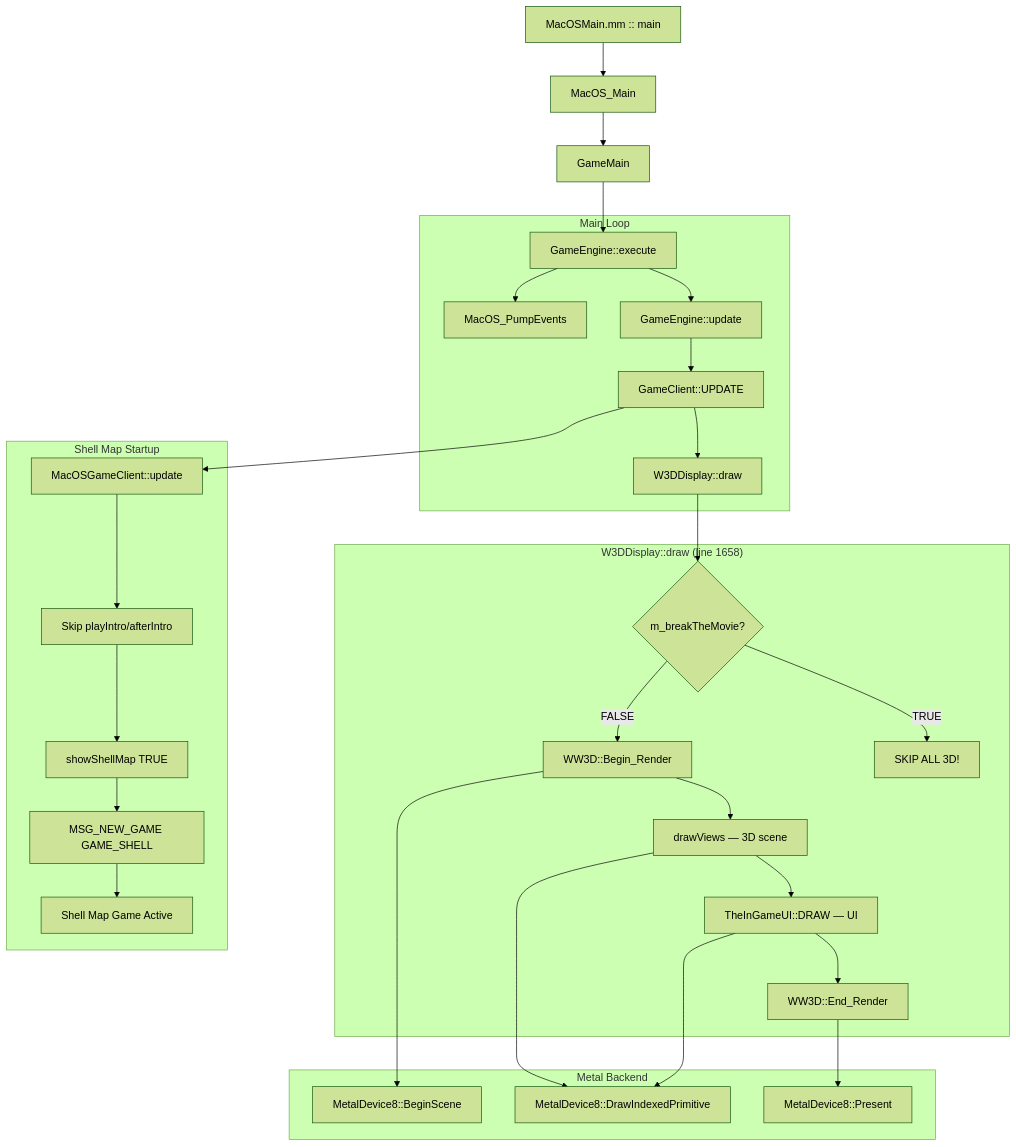
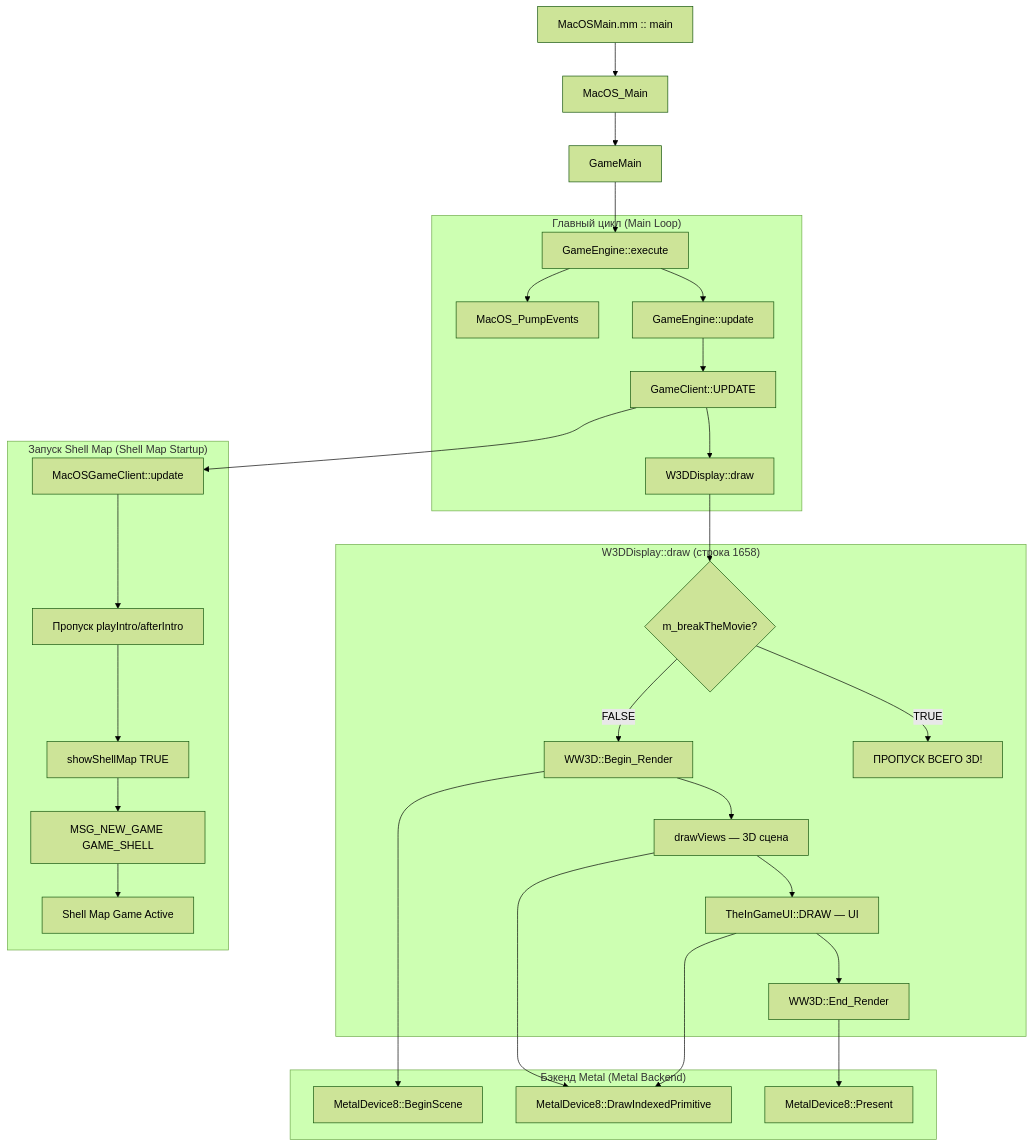
The diagram in Platform/MacOS/docs/RENDERING.md (Okladnoj/GeneralsGameCode), drawn with Mermaid (forest theme) before and after one commit. The commit also changed other lines of this file and 20 other files, not shown here.

````diff
--- a/Platform/MacOS/docs/RENDERING.md
+++ b/Platform/MacOS/docs/RENDERING.md
@@ -9,37 +9,37 @@
 ```mermaid
 graph TD
     A[MacOSMain.mm :: main] --> B[MacOS_Main]
     B --> C[GameMain]
     C --> D[GameEngine::execute]
     
-    subgraph "Main Loop"
+    subgraph "Главный цикл (Main Loop)"
         D --> E[MacOS_PumpEvents]
         D --> F[GameEngine::update]
         F --> G[GameClient::UPDATE]
         G --> H[W3DDisplay::draw]
     end
 
-    subgraph "W3DDisplay::draw (line 1658)"
+    subgraph "W3DDisplay::draw (строка 1658)"
         H --> H0{m_breakTheMovie?}
         H0 -->|FALSE| H1[WW3D::Begin_Render]
-        H0 -->|TRUE| SKIP[SKIP ALL 3D!]
-        H1 --> H2[drawViews — 3D scene]
+        H0 -->|TRUE| SKIP[ПРОПУСК ВСЕГО 3D!]
+        H1 --> H2[drawViews — 3D сцена]
         H2 --> H3[TheInGameUI::DRAW — UI]
         H3 --> H4[WW3D::End_Render]
     end
 
-    subgraph "Shell Map Startup"
+    subgraph "Запуск Shell Map (Shell Map Startup)"
         G --> SM[MacOSGameClient::update]
-        SM --> SM1[Skip playIntro/afterIntro]
+        SM --> SM1[Пропуск playIntro/afterIntro]
         SM1 --> SM2[showShellMap TRUE]
         SM2 --> SM3[MSG_NEW_GAME GAME_SHELL]
         SM3 --> SM4[Shell Map Game Active]
     end
 
-    subgraph "Metal Backend"
+    subgraph "Бэкенд Metal (Metal Backend)"
         H1 --> M1[MetalDevice8::BeginScene]
         H2 --> M2[MetalDevice8::DrawIndexedPrimitive]
         H3 --> M2
         H4 --> M3[MetalDevice8::Present]
     end
 ```
````
